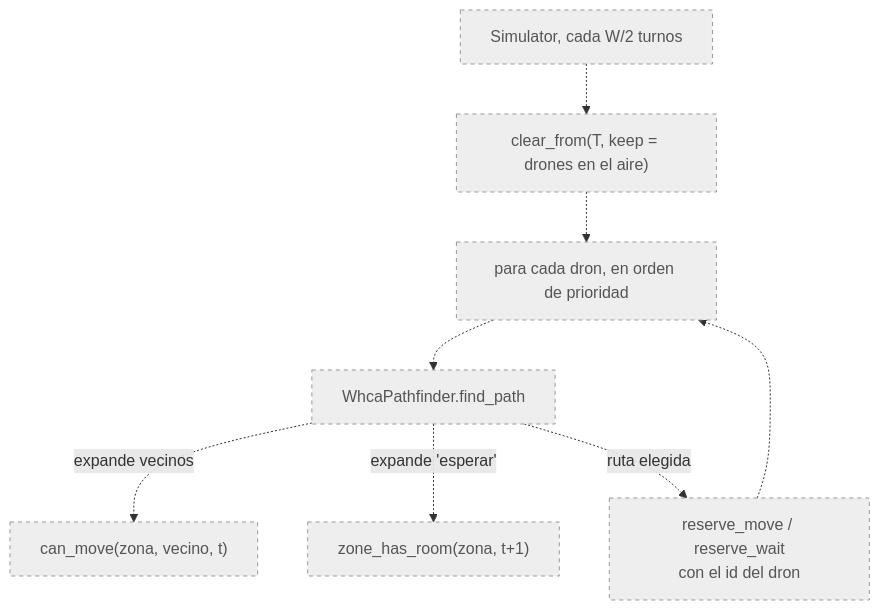
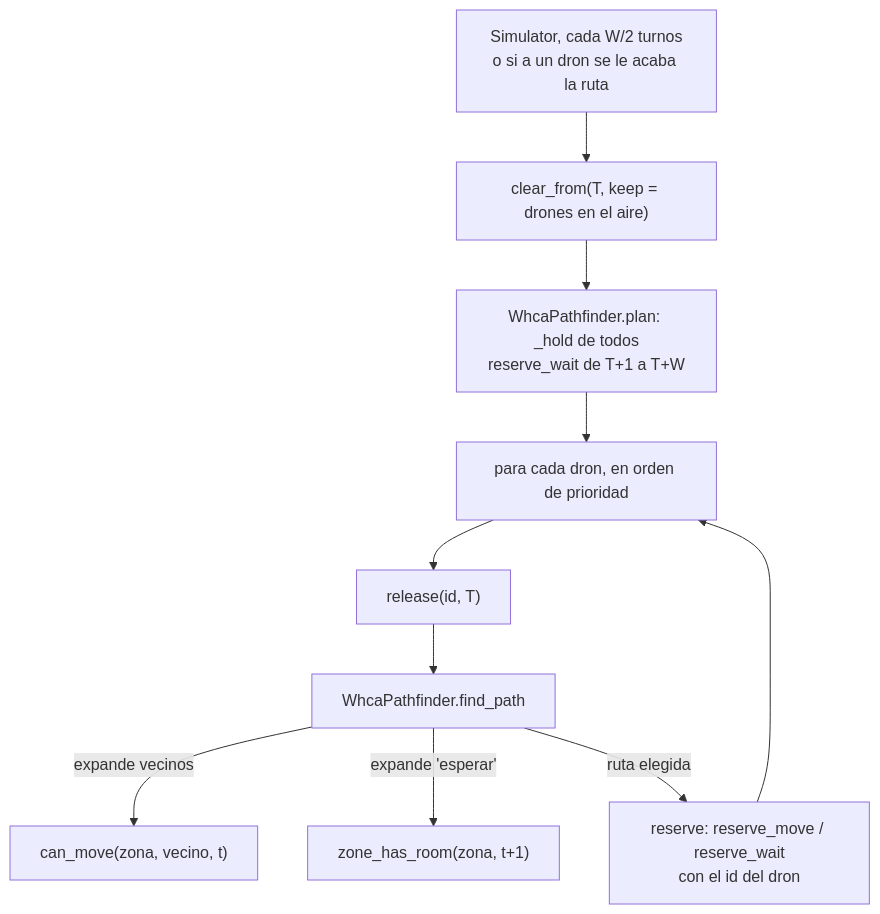
Diagram 34 of 55 in docs/07-diagramas.md (0xARCOS/Fly-In), drawn with Mermaid before and after one commit. The commit also changed other lines of this file and 63 other files, not shown here.

````diff
--- a/docs/07-diagramas.md
+++ b/docs/07-diagramas.md
@@ -612,13 +1137,12 @@
 ```mermaid
 flowchart TD
-    S0["Simulator, cada W/2 turnos"] -.-> S1["clear_from(T, keep = drones en el aire)"]
-    S1 -.-> S2["para cada dron, en orden de prioridad"]
-    S2 -.-> W1["WhcaPathfinder.find_path"]
-    W1 -.->|"expande vecinos"| Q1["can_move(zona, vecino, t)"]
-    W1 -.->|"expande 'esperar'"| Q2["zone_has_room(zona, t+1)"]
-    W1 -.->|"ruta elegida"| R1["reserve_move / reserve_wait<br/>con el id del dron"]
-    R1 -.-> S2
-
-    classDef todo fill:#eeeeee,stroke:#999,color:#555,stroke-dasharray:4
-    class S0,S1,S2,W1,Q1,Q2,R1 todo
+    S0["Simulator, cada W/2 turnos<br/>o si a un dron se le acaba la ruta"] --> S1["clear_from(T, keep = drones en el aire)"]
+    S1 --> H0["WhcaPathfinder.plan: _hold de todos<br/>reserve_wait de T+1 a T+W"]
+    H0 --> S2["para cada dron, en orden de prioridad"]
+    S2 --> RL["release(id, T)"]
+    RL --> W1["WhcaPathfinder.find_path"]
+    W1 -->|"expande vecinos"| Q1["can_move(zona, vecino, t)"]
+    W1 -->|"expande 'esperar'"| Q2["zone_has_room(zona, t+1)"]
+    W1 -->|"ruta elegida"| R1["reserve: reserve_move / reserve_wait<br/>con el id del dron"]
+    R1 --> S2
 ```
````
